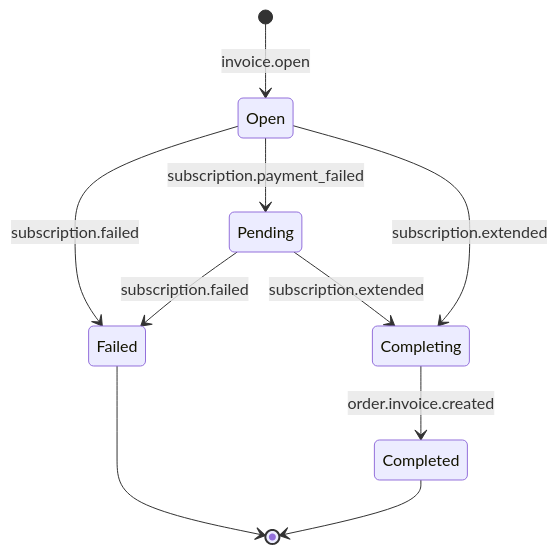
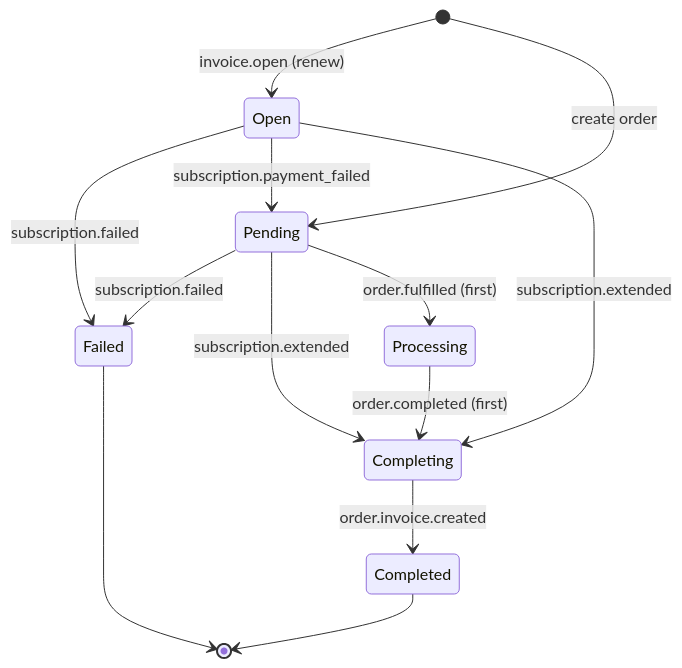
The second of 2 diagrams in doc/Invoice.md (tigerbook73/siser-backend), drawn with Mermaid before and after one commit. The commit also changed 21 other files, not shown here.

First line of the commit message:
Merged in feature/SIS-513-first-order-refinement (pull request #173)

````diff
--- a/doc/Invoice.md
+++ b/doc/Invoice.md
@@ -20,23 +20,27 @@
 ```mermaid
 stateDiagram-v2
   [*]
-  [*]           --> Open            : invoice.open
+  [*]           --> Open            : invoice.open (renew)
+  [*]           --> Pending         : create order
 
   Open
   Open          --> Failed          : subscription.failed
   Open          --> Pending         : subscription.payment_failed
   Open          --> Completing      : subscription.extended
 
   Pending       --> Failed          : subscription.failed
   Pending       --> Completing      : subscription.extended
+  Pending       --> Processing      : order.fulfilled (first)
   
+  Processing    --> Completing      : order.completed (first)
+
   Completing
   Completing    --> Completed       : order.invoice.created
 
   Completed
   Completed     --> [*]
 
   Failed
   Failed        --> [*]
 
 ```
````
